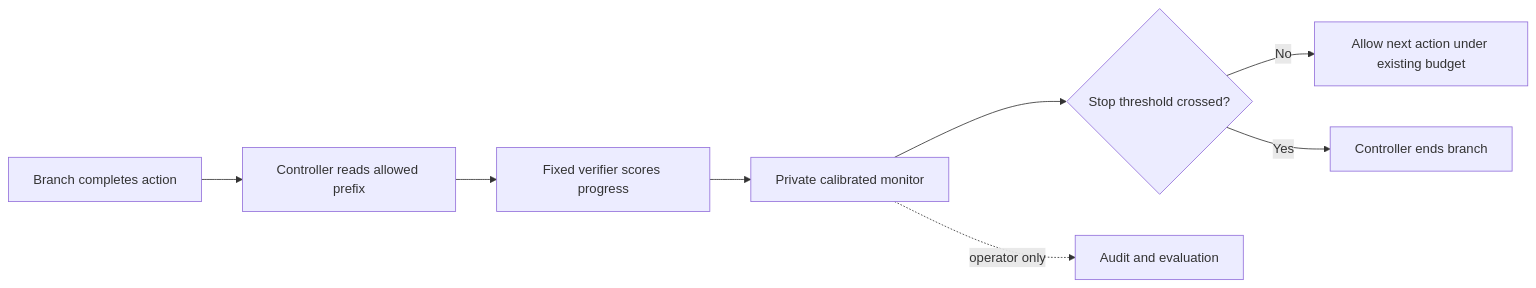
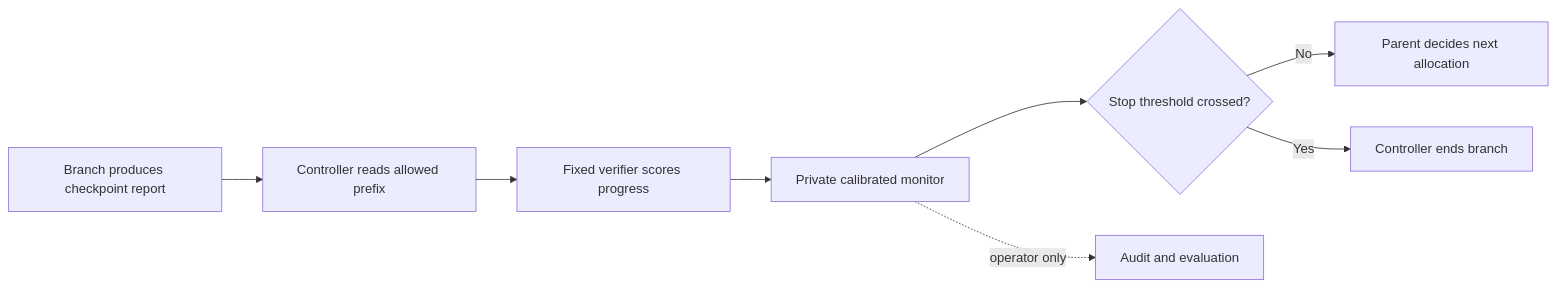
One commit to richykim7/dnhacks changed the diagram in docs/evaluator-tree-search-review.md. Above: the diagram before and after it, drawn with Mermaid. The commit also changed other lines of this file and 2 other files, not shown here.

Commit message:
Plans: consolidate branch monitoring

````diff
--- a/docs/evaluator-tree-search-review.md
+++ b/docs/evaluator-tree-search-review.md
@@ -63,10 +68,10 @@
 ```mermaid
 flowchart LR
-  A[Branch completes action] --> B[Controller reads allowed prefix]
+  A[Branch produces checkpoint report] --> B[Controller reads allowed prefix]
   B --> C[Fixed verifier scores progress]
   C --> D[Private calibrated monitor]
   D --> E{Stop threshold crossed?}
-  E -->|No| F[Allow next action under existing budget]
+  E -->|No| F[Parent decides next allocation]
   E -->|Yes| G[Controller ends branch]
   D -. operator only .-> H[Audit and evaluation]
 ```
````
